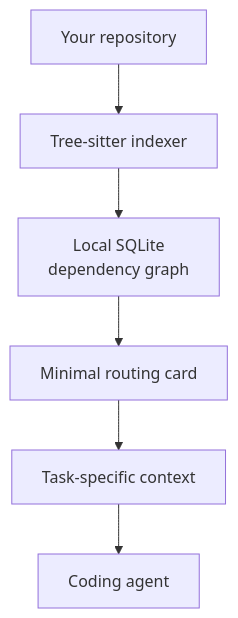
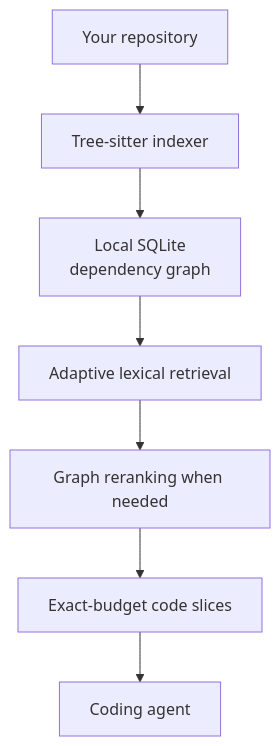
Before and after one commit to RishiiShah/CseGraph: the diagram in README.md, drawn with Mermaid. The commit also changed other lines of this file and 37 other files, not shown here.

Commit message:
WIP: Scaffold 2.0 adaptive retrieval architecture

````diff
--- a/README.md
+++ b/README.md
@@ -166,8 +166,9 @@
 ```mermaid
 flowchart TD
     A["Your repository"] --> B["Tree-sitter indexer"]
     B --> C["Local SQLite<br/>dependency graph"]
-    C --> D["Minimal routing card"]
-    D --> E["Task-specific context"]
-    E --> F["Coding agent"]
+    C --> D["Adaptive lexical retrieval"]
+    D --> E["Graph reranking when needed"]
+    E --> F["Exact-budget code slices"]
+    F --> G["Coding agent"]
 ```
````
